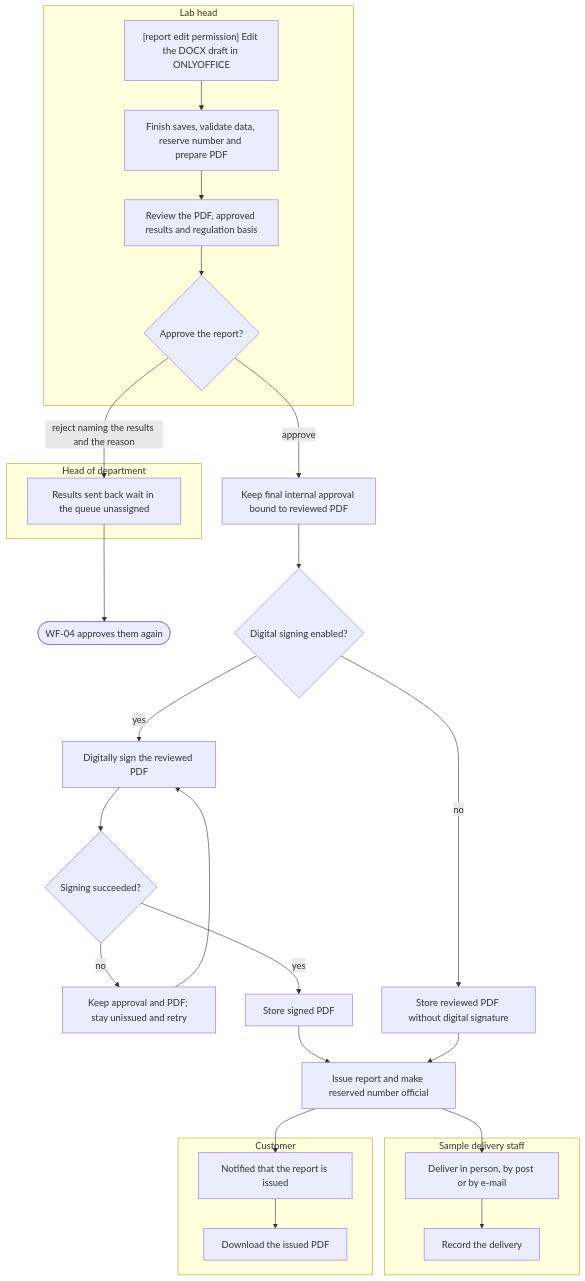
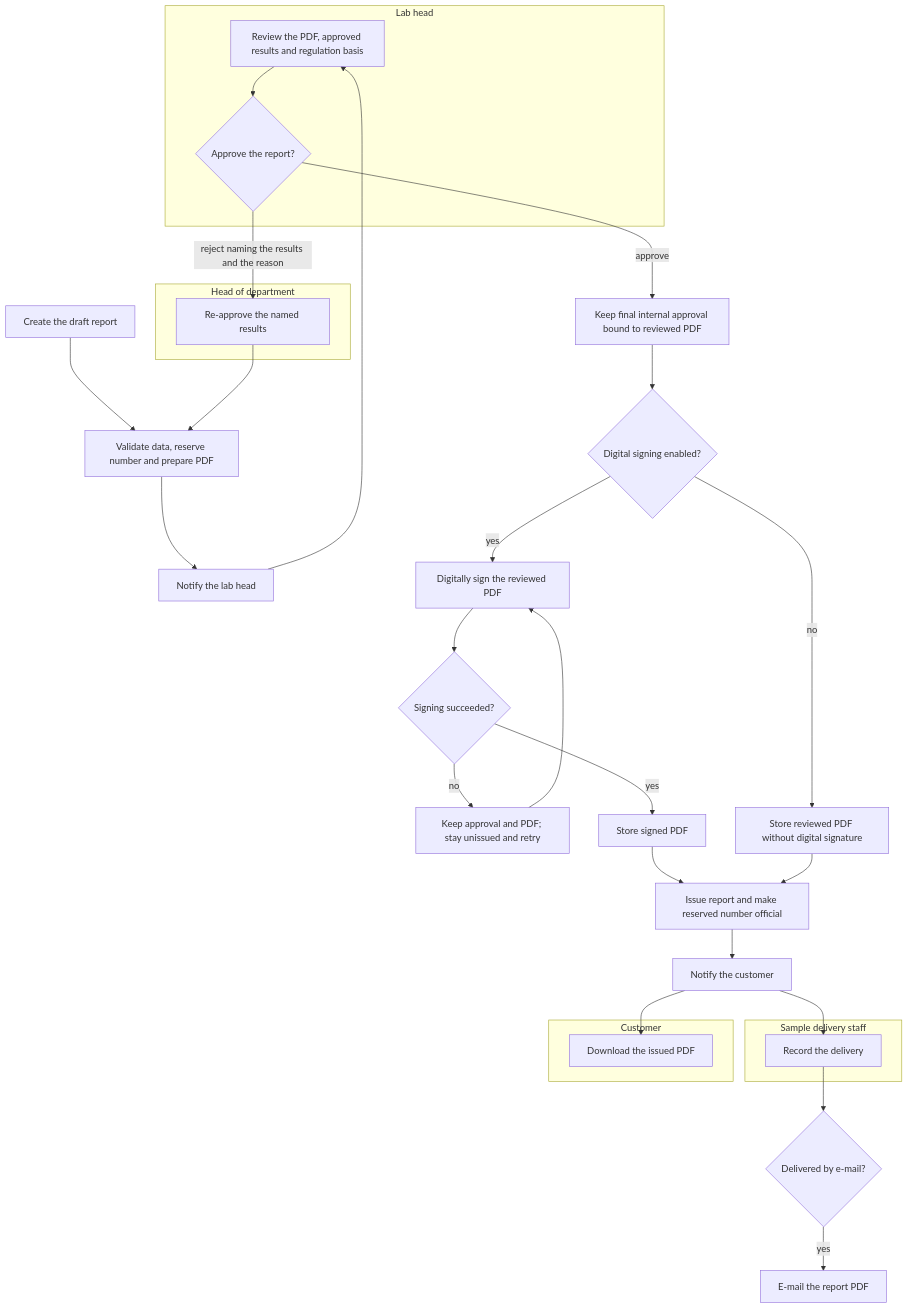
One commit to SoltuneMontepre/medilab changed the sixth of 17 diagrams in docs/functional/business-flows.md. Above: the diagram before and after it, drawn with Mermaid. The commit also changed other lines of this file and 9 other files, not shown here.

````diff
--- a/docs/functional/business-flows.md
+++ b/docs/functional/business-flows.md
@@ -310,29 +310,31 @@
 ```mermaid
 flowchart TD
     subgraph lane15 ["Lab head"]
-        p1["[report edit permission] Edit the DOCX draft in ONLYOFFICE"] --> p2[Finish saves, validate data, reserve number and prepare PDF]
         l1[Review the PDF, approved results and regulation basis] --> l2{Approve the report?}
     end
     subgraph lane16 ["Head of department"]
-        h1[Results sent back wait in the queue unassigned]
+        h1[Re-approve the named results]
     end
     subgraph lane17 ["Sample delivery staff"]
-        d1[Deliver in person, by post or by e-mail] --> d2[Record the delivery]
+        d2[Record the delivery]
     end
     subgraph lane18 ["Customer"]
-        c1[Notified that the report is issued] --> c2[Download the issued PDF]
+        c2[Download the issued PDF]
     end
-    p2 --> l1
-    l2 -->|reject naming the results and the reason| h1 --> wf04([WF-04 approves them again])
+    draft[Create the draft report] --> prepare[Validate data, reserve number and prepare PDF] --> notifyLab[Notify the lab head] --> l1
+    l2 -->|reject naming the results and the reason| h1 --> prepare
     l2 -->|approve| approved[Keep final internal approval bound to reviewed PDF]
     approved --> enabled{Digital signing enabled?}
     enabled -->|yes| digital[Digitally sign the reviewed PDF]
     digital --> success{Signing succeeded?}
     success -->|no| retry[Keep approval and PDF; stay unissued and retry] --> digital
     success -->|yes| stored[Store signed PDF]
     enabled -->|no| plain[Store reviewed PDF without digital signature]
     stored --> issued[Issue report and make reserved number official]
     plain --> issued
-    issued --> d1
-    issued --> c1
+    issued --> notifyCustomer[Notify the customer]
+    notifyCustomer --> c2
+    notifyCustomer --> d2
+    d2 --> email{Delivered by e-mail?}
+    email -->|yes| send[E-mail the report PDF]
 ```
````
